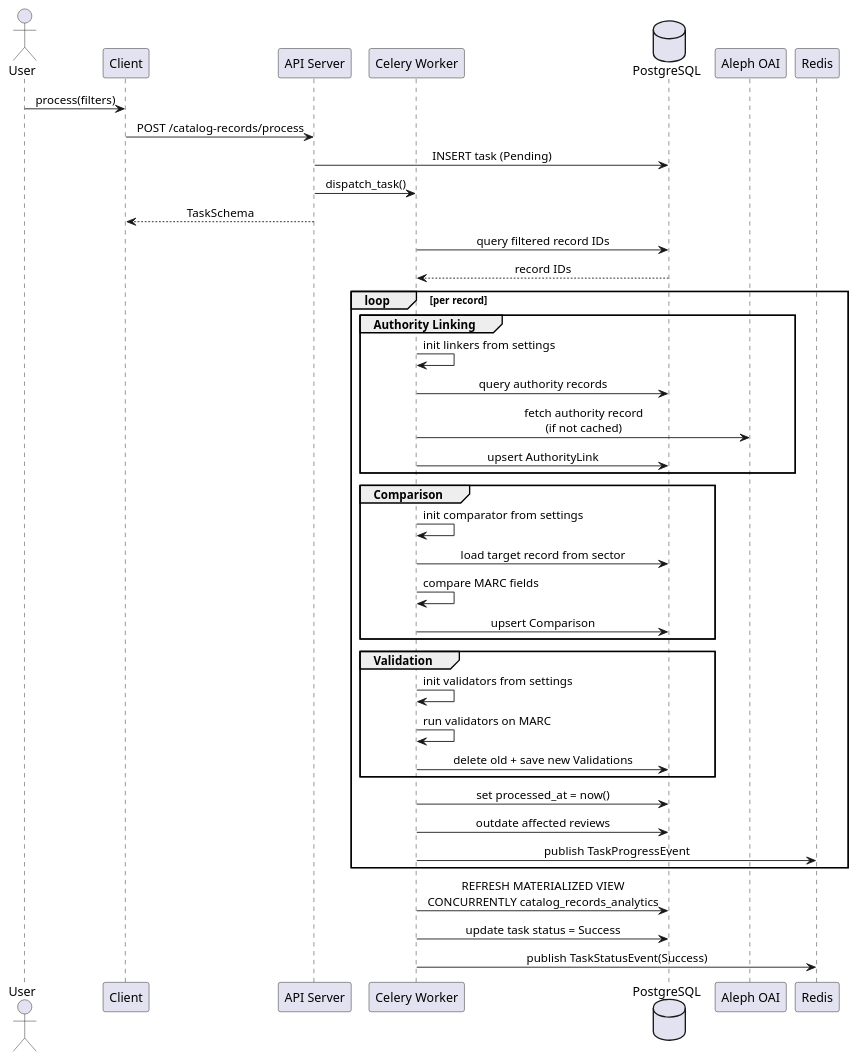
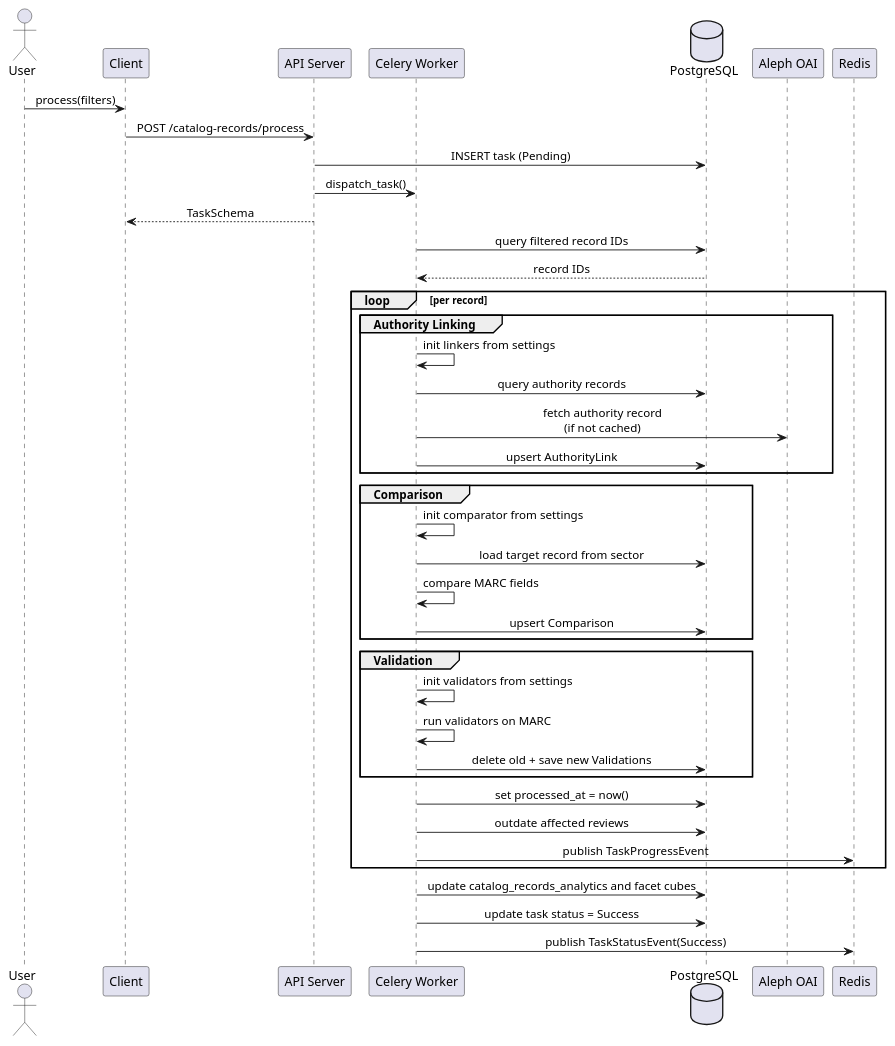
The diagram in docs/diagrams/process-records.puml (moravianlibrary/marc-comparator), drawn with PlantUML before and after one commit. The commit also changed 16 other files, not shown here.

```diff
--- a/docs/diagrams/process-records.puml
+++ b/docs/diagrams/process-records.puml
@@ -1,49 +1,49 @@
 @startuml Process Records Pipeline
 skinparam sequenceMessageAlign center
 
 actor User
 participant Client
 participant "API Server" as API
 participant "Celery Worker" as Worker
 database PostgreSQL as PG
 participant "Aleph OAI" as OAI
 
 User -> Client: process(filters)
 Client -> API: POST /catalog-records/process
 API -> PG: INSERT task (Pending)
 API -> Worker: dispatch_task()
 Client <-- API: TaskSchema
 
 Worker -> PG: query filtered record IDs
 PG --> Worker: record IDs
 
 loop per record
     group Authority Linking
         Worker -> Worker: init linkers from settings
         Worker -> PG: query authority records
         Worker -> OAI: fetch authority record\n(if not cached)
         Worker -> PG: upsert AuthorityLink
     end
 
     group Comparison
         Worker -> Worker: init comparator from settings
         Worker -> PG: load target record from sector
         Worker -> Worker: compare MARC fields
         Worker -> PG: upsert Comparison
     end
 
     group Validation
         Worker -> Worker: init validators from settings
         Worker -> Worker: run validators on MARC
         Worker -> PG: delete old + save new Validations
     end
 
     Worker -> PG: set processed_at = now()
     Worker -> PG: outdate affected reviews
     Worker -> Redis: publish TaskProgressEvent
 end
 
-Worker -> PG: REFRESH MATERIALIZED VIEW\nCONCURRENTLY catalog_records_analytics
+Worker -> PG: update catalog_records_analytics and facet cubes
 Worker -> PG: update task status = Success
 Worker -> Redis: publish TaskStatusEvent(Success)
 @enduml
```
